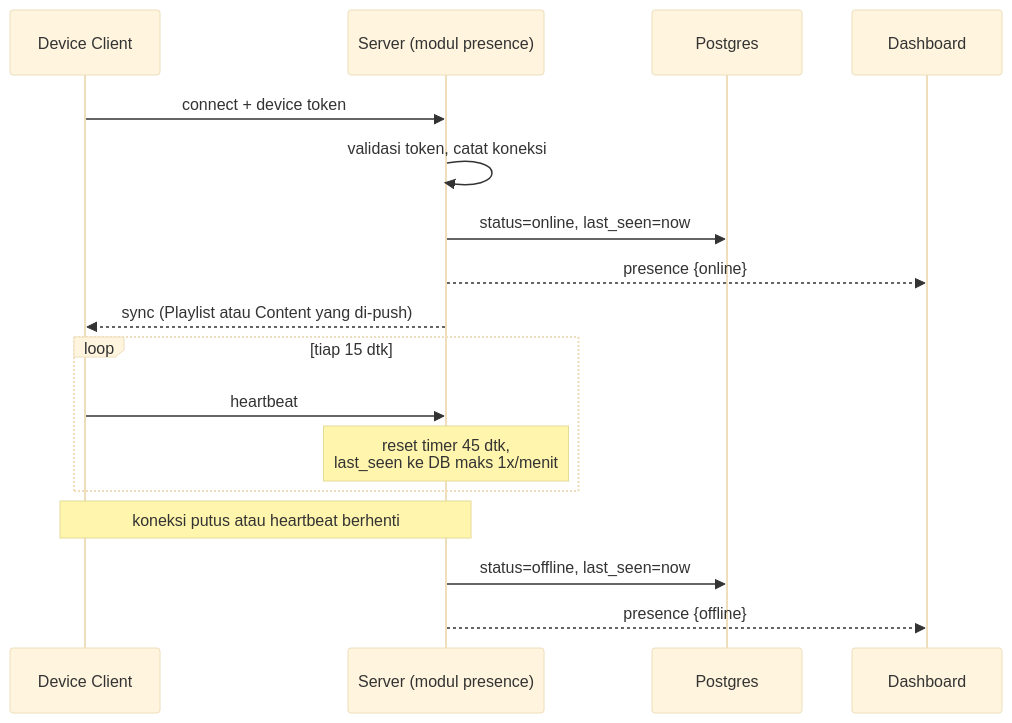
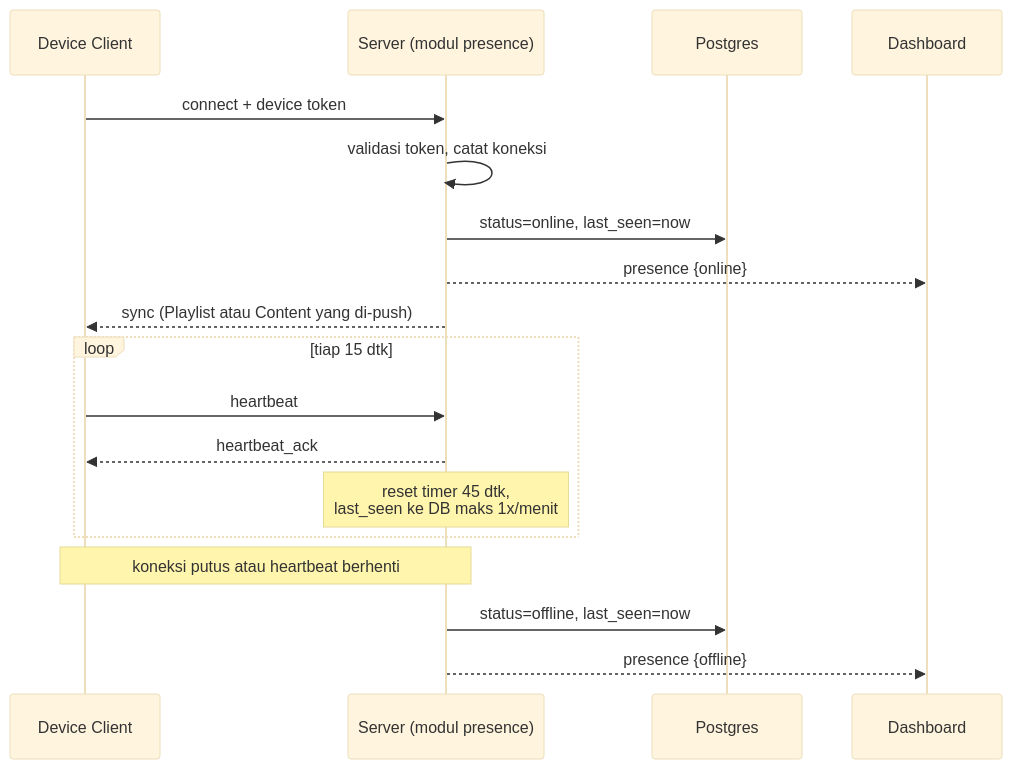
The fourth of 4 diagrams in docs/architecture.md (yudi249/signage-control-panel), drawn with Mermaid (base theme) before and after one commit. The commit also changed other lines of this file and 6 other files, not shown here.

````diff
--- a/docs/architecture.md
+++ b/docs/architecture.md
@@ -236,20 +247,21 @@
 ```mermaid
 sequenceDiagram
     participant D as Device Client
     participant S as Server (modul presence)
     participant DB as Postgres
     participant A as Dashboard
 
     D->>S: connect + device token
     S->>S: validasi token, catat koneksi
     S->>DB: status=online, last_seen=now
     S-->>A: presence {online}
     S-->>D: sync (Playlist atau Content yang di-push)
     loop tiap 15 dtk
         D->>S: heartbeat
+        S-->>D: heartbeat_ack
         Note over S: reset timer 45 dtk,<br/>last_seen ke DB maks 1x/menit
     end
     Note over D,S: koneksi putus atau heartbeat berhenti
     S->>DB: status=offline, last_seen=now
     S-->>A: presence {offline}
 ```
````
